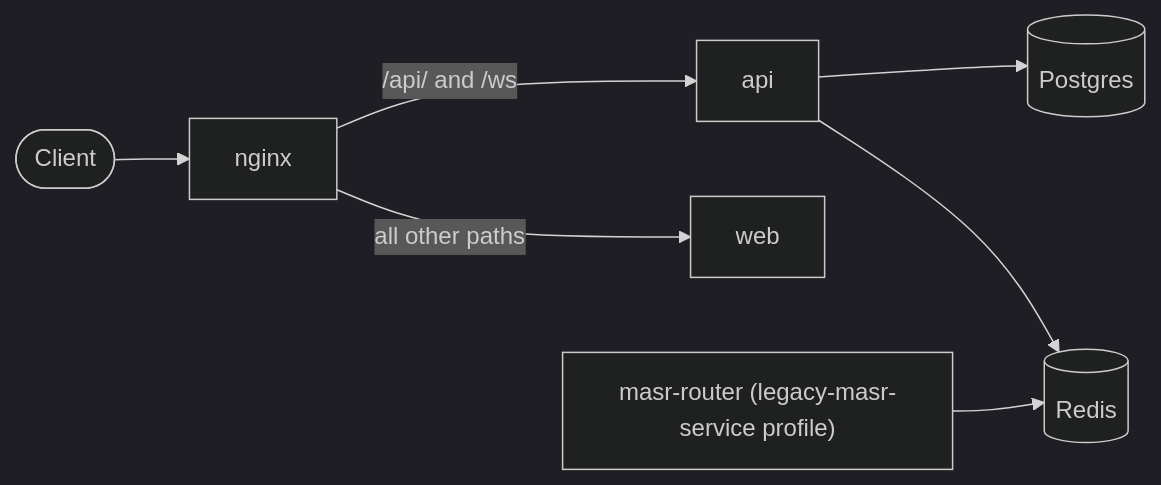
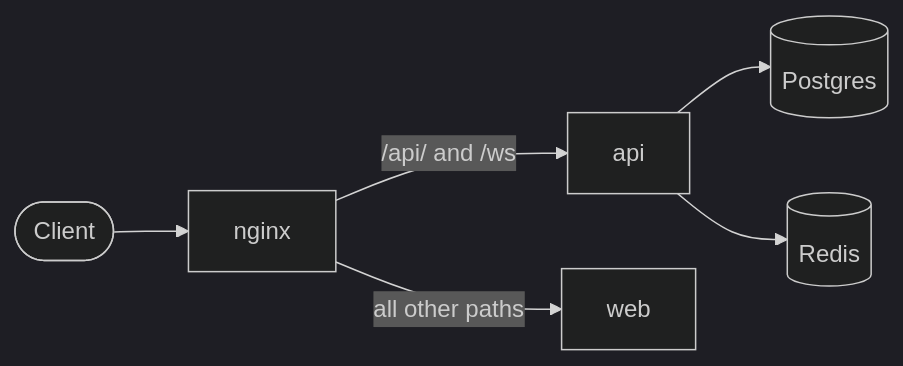
Before and after one commit to jsogarro/cerebro: the first of 2 diagrams in docs/reference/01-architecture-overview.md, drawn with Mermaid (dark theme). The commit also changed other lines of this file and 60 other files, not shown here.

````diff
--- a/docs/reference/01-architecture-overview.md
+++ b/docs/reference/01-architecture-overview.md
@@ -49,9 +47,8 @@
 ```mermaid
 flowchart LR
     client([Client]) --> nginx
     nginx -->|"/api/ and /ws"| api
     nginx -->|"all other paths"| web
     api --> postgres[(Postgres)]
     api --> redis[(Redis)]
-    masr["masr-router (legacy-masr-service profile)"] --> redis
 ```
````
